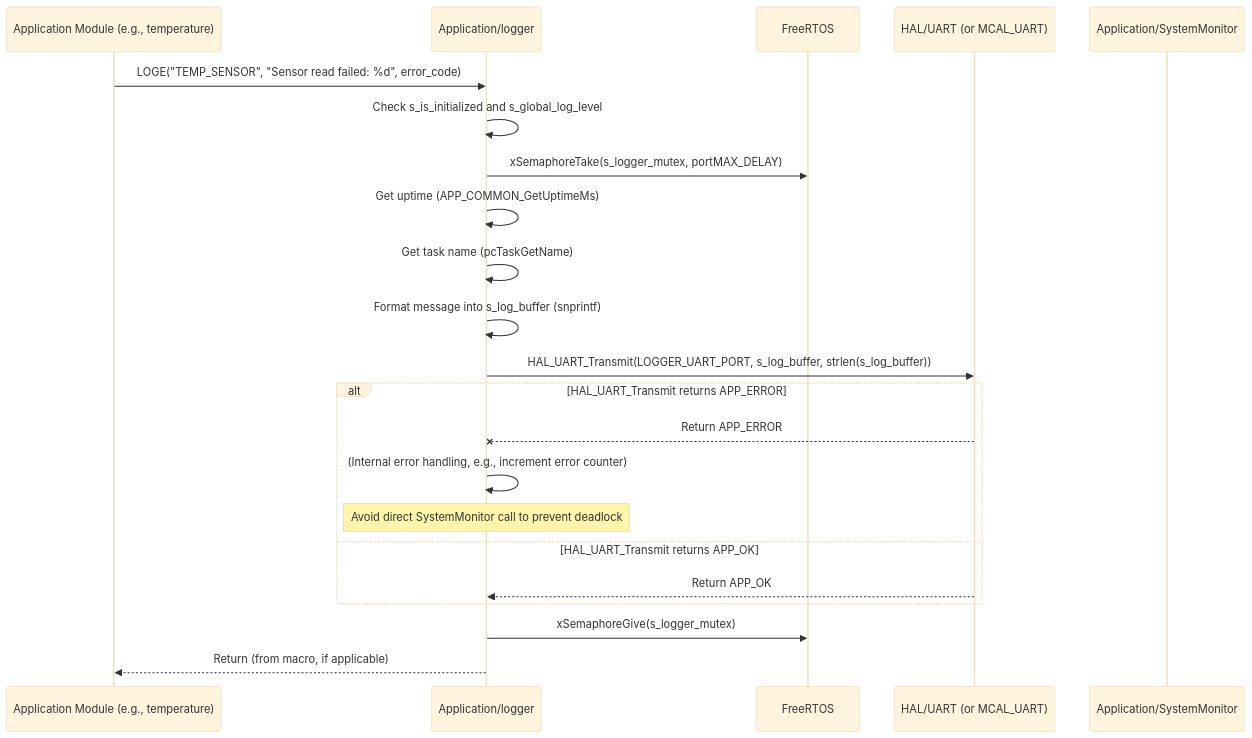
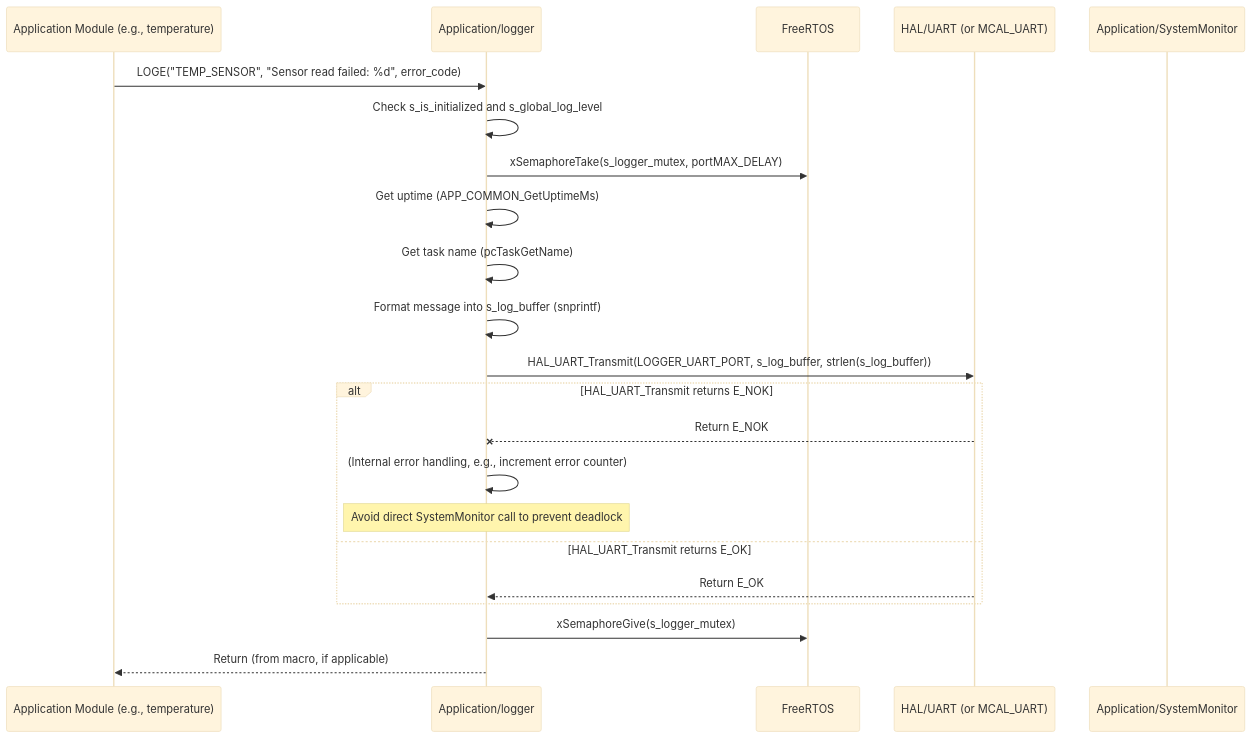
The diagram in Requiremets/Design/Application/Logger.md (ashaker-2/Platform), drawn with Mermaid (base theme) before and after one commit. The commit also changed other lines of this file and 716 other files, not shown here.

````diff
--- a/Requiremets/Design/Application/Logger.md
+++ b/Requiremets/Design/Application/Logger.md
@@ -163,25 +163,25 @@
 ```mermaid
 sequenceDiagram  
     participant AppModule as Application Module (e.g., temperature)  
     participant Logger as Application/logger  
     participant FreeRTOS as FreeRTOS  
     participant HAL_UART as HAL/UART (or MCAL_UART)  
     participant SystemMonitor as Application/SystemMonitor
 
     AppModule->>Logger: LOGE("TEMP_SENSOR", "Sensor read failed: %d", error_code)  
     Logger->>Logger: Check s_is_initialized and s_global_log_level  
     Logger->>FreeRTOS: xSemaphoreTake(s_logger_mutex, portMAX_DELAY)  
     Logger->>Logger: Get uptime (APP_COMMON_GetUptimeMs)  
     Logger->>Logger: Get task name (pcTaskGetName)  
     Logger->>Logger: Format message into s_log_buffer (snprintf)  
     Logger->>HAL_UART: HAL_UART_Transmit(LOGGER_UART_PORT, s_log_buffer, strlen(s_log_buffer))  
-    alt HAL_UART_Transmit returns APP_ERROR  
-        HAL_UART--xLogger: Return APP_ERROR  
+    alt HAL_UART_Transmit returns E_NOK  
+        HAL_UART--xLogger: Return E_NOK  
         Logger->>Logger: (Internal error handling, e.g., increment error counter)  
         Note over Logger: Avoid direct SystemMonitor call to prevent deadlock  
-    else HAL_UART_Transmit returns APP_OK  
-        HAL_UART-->>Logger: Return APP_OK  
+    else HAL_UART_Transmit returns E_OK  
+        HAL_UART-->>Logger: Return E_OK  
     end  
     Logger->>FreeRTOS: xSemaphoreGive(s_logger_mutex)  
     Logger-->>AppModule: Return (from macro, if applicable)
 ```
````
